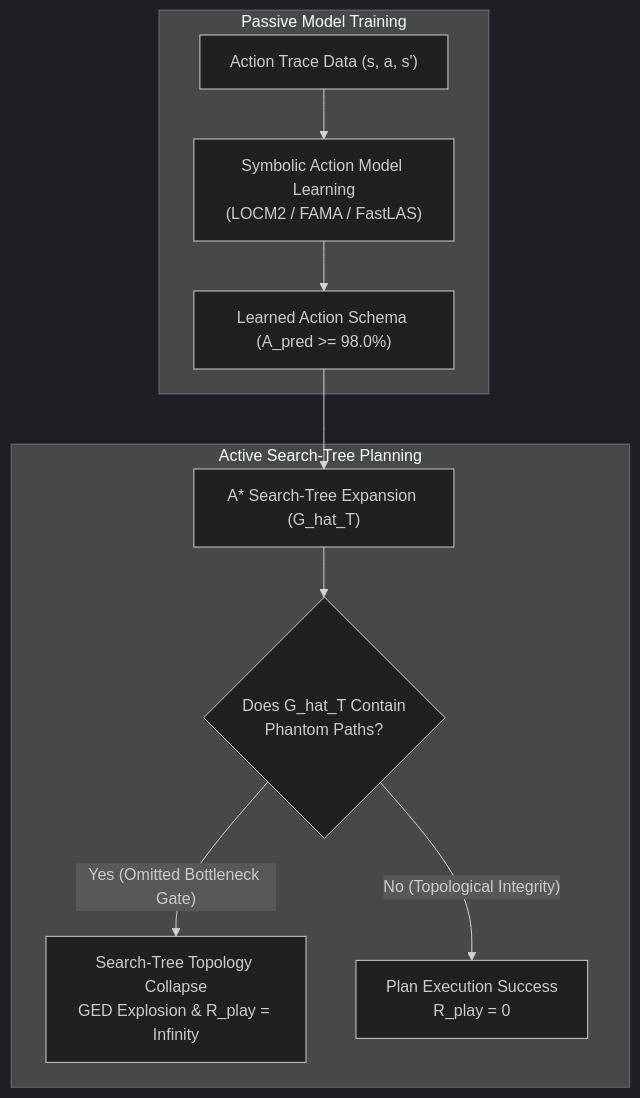
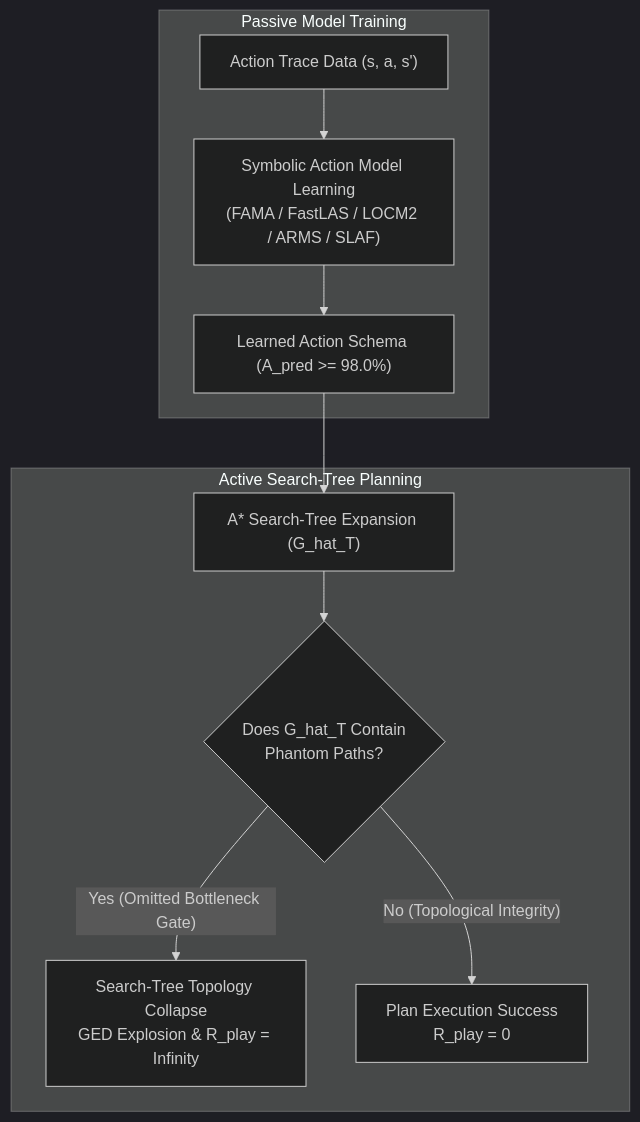
The diagram in literature/paper1_ieee_tog_manuscript.md (minhphuc477/symbolic-action-model-verification), drawn with Mermaid (dark theme) before and after one commit. The commit also changed other lines of this file and 7 other files, not shown here.

````diff
--- a/literature/paper1_ieee_tog_manuscript.md
+++ b/literature/paper1_ieee_tog_manuscript.md
@@ -21,14 +21,14 @@
 ```mermaid
 flowchart TD
     subgraph Passive Model Training
-        T1["Action Trace Data (s, a, s')"] --> T2["Symbolic Action Model Learning<br/>(LOCM2 / FAMA / FastLAS)"]
+        T1["Action Trace Data (s, a, s')"] --> T2["Symbolic Action Model Learning<br/>(FAMA / FastLAS / LOCM2 / ARMS / SLAF)"]
         T2 --> T3["Learned Action Schema (A_pred >= 98.0%)"]
     end
 
     subgraph Active Search-Tree Planning
         T3 --> P1["A* Search-Tree Expansion (G_hat_T)"]
         P1 --> P2{"Does G_hat_T Contain<br/>Phantom Paths?"}
         P2 -- "Yes (Omitted Bottleneck Gate)" --> P3["Search-Tree Topology Collapse<br/>GED Explosion & R_play = Infinity"]
         P2 -- "No (Topological Integrity)" --> P4["Plan Execution Success<br/>R_play = 0"]
     end
 ```
````
